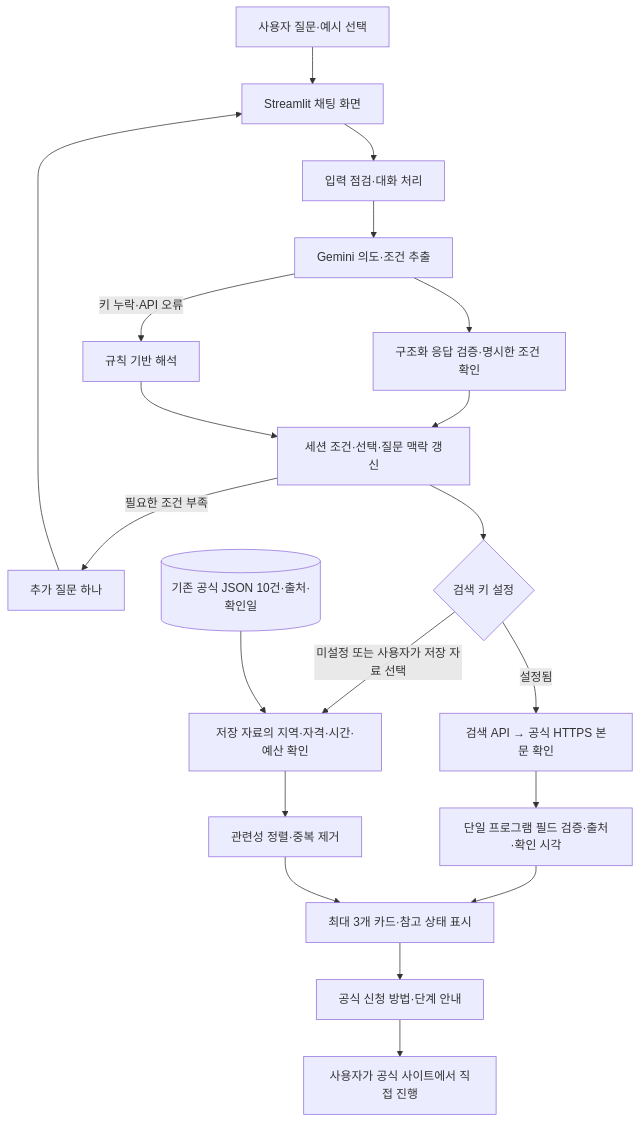
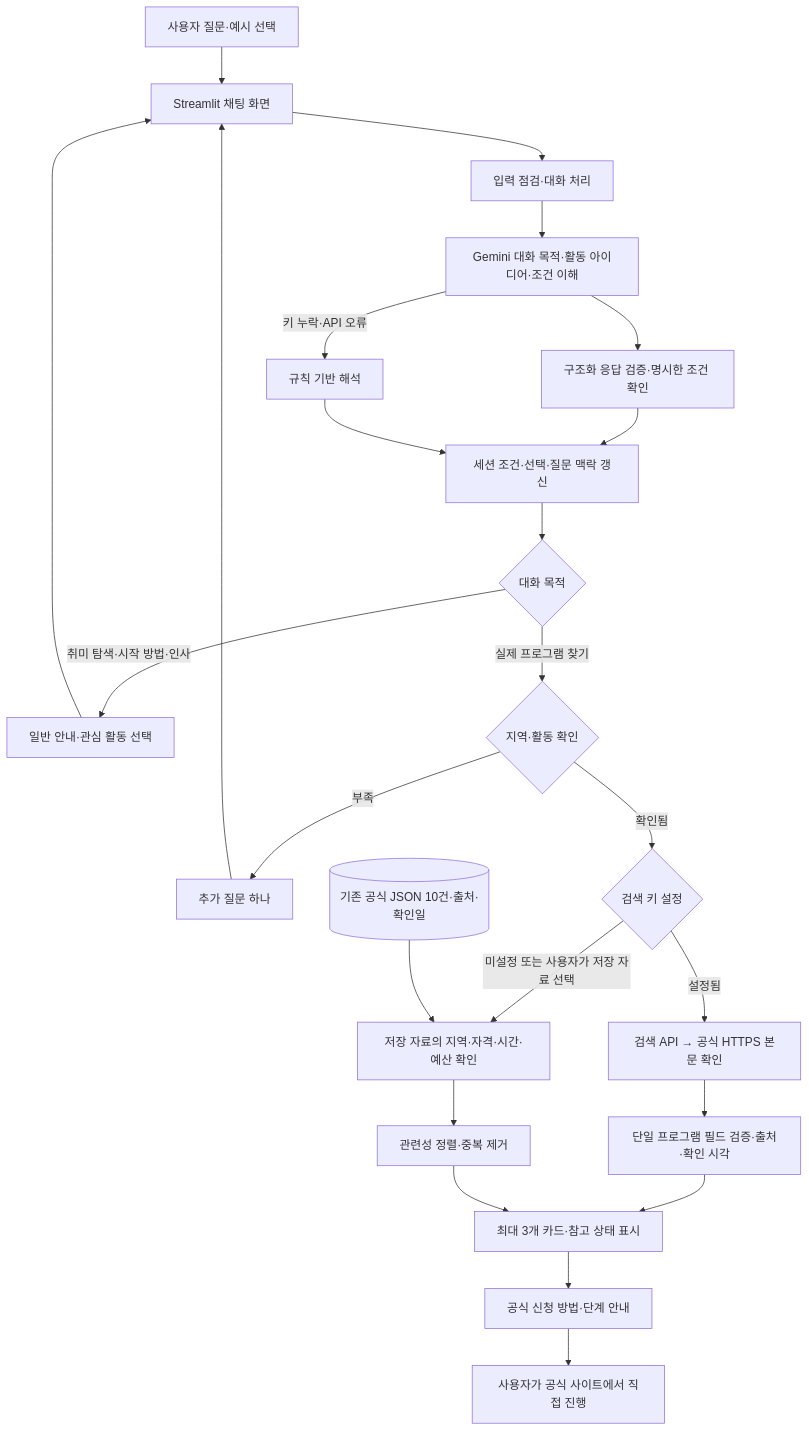
The diagram in README.md (alstj0606/ieum-ai), drawn with Mermaid before and after one commit. The commit also changed other lines of this file and 20 other files, not shown here.

````diff
--- a/README.md
+++ b/README.md
@@ -91,22 +93,26 @@
 ```mermaid
 flowchart TD
     U[사용자 질문·예시 선택] --> UI[Streamlit 채팅 화면]
     UI --> D[입력 점검·대화 처리]
-    D --> G[Gemini 의도·조건 추출]
+    D --> G[Gemini 대화 목적·활동 아이디어·조건 이해]
     G --> V[구조화 응답 검증·명시한 조건 확인]
     G -->|키 누락·API 오류| R[규칙 기반 해석]
     V --> S[세션 조건·선택·질문 맥락 갱신]
     R --> S
-    S -->|필요한 조건 부족| Q[추가 질문 하나]
+    S --> I{대화 목적}
+    I -->|취미 탐색·시작 방법·인사| H[일반 안내·관심 활동 선택]
+    H --> UI
+    I -->|실제 프로그램 찾기| L{지역·활동 확인}
+    L -->|부족| Q[추가 질문 하나]
     Q --> UI
-    S --> K{검색 키 설정}
+    L -->|확인됨| K{검색 키 설정}
     K -->|설정됨| W[검색 API → 공식 HTTPS 본문 확인]
     W --> E[단일 프로그램 필드 검증·출처·확인 시각]
     E --> C
     K -->|미설정 또는 사용자가 저장 자료 선택| F[저장 자료의 지역·자격·시간·예산 확인]
     J[(기존 공식 JSON 10건·출처·확인일)] --> F
     F --> P[관련성 정렬·중복 제거]
     P --> C[최대 3개 카드·참고 상태 표시]
     C --> A[공식 신청 방법·단계 안내]
     A --> O[사용자가 공식 사이트에서 직접 진행]
 ```
````
